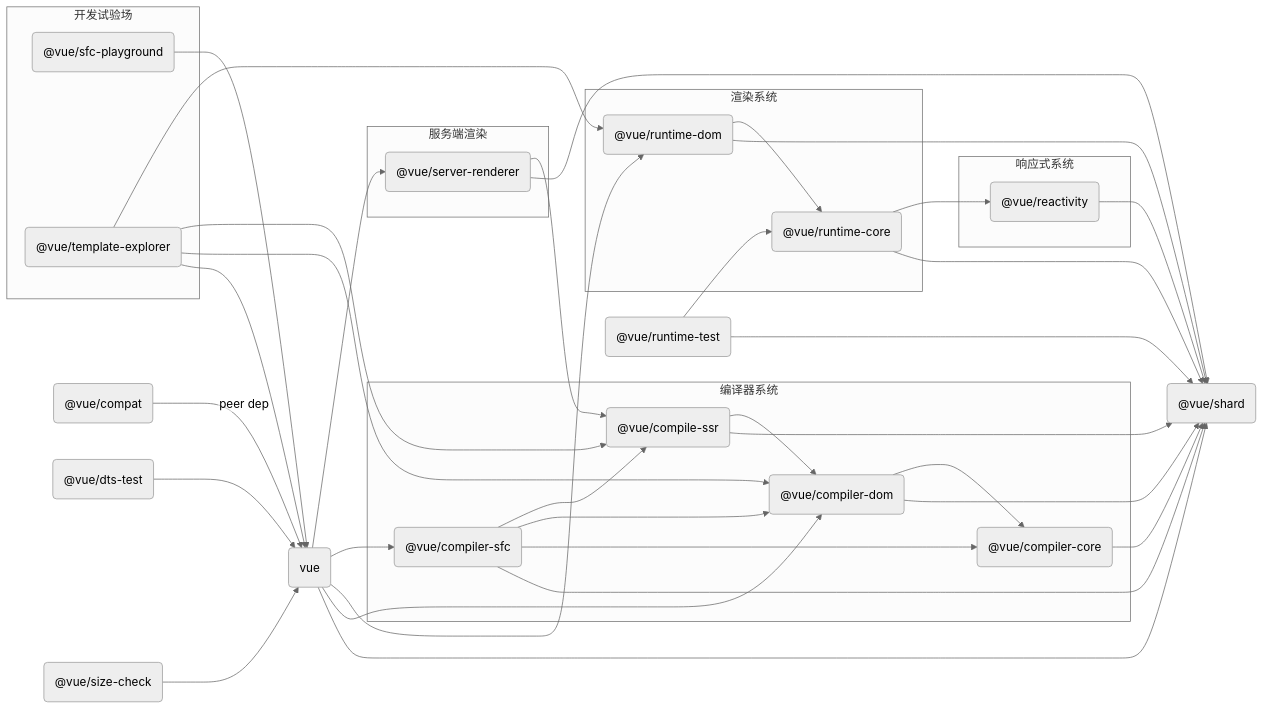
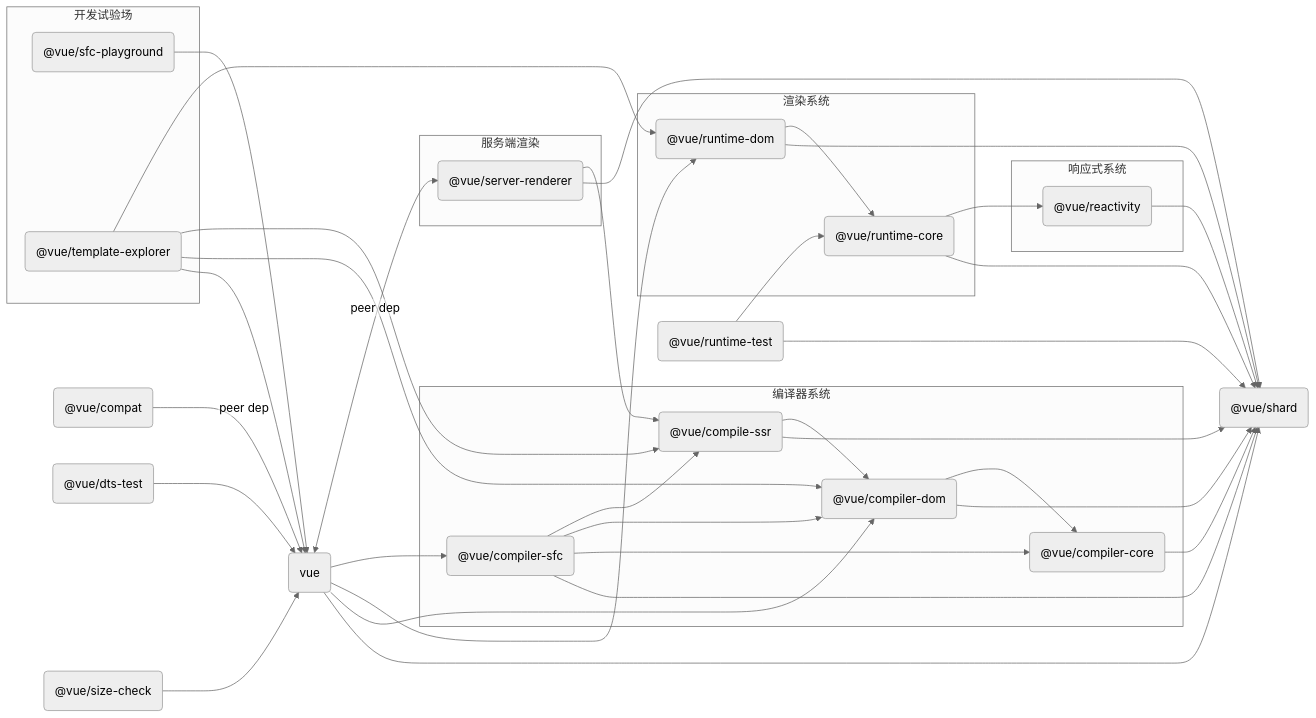
The diagram in src/prepare/repository/overview.md (s-elo/vue3-reading), drawn with Mermaid (neutral theme) before and after one commit. The commit also changed other lines of this file and 3 other files, not shown here.

```diff
--- a/src/prepare/repository/overview.md
+++ b/src/prepare/repository/overview.md
@@ -114,7 +118,7 @@
     vue --> compiler-dom
     vue --> runtime-dom
     vue --> compiler-sfc
-    vue --> server-renderer
+    vue <-- peer dep --> server-renderer
 
     %% server-renderer deps
     server-renderer --> shared
```
